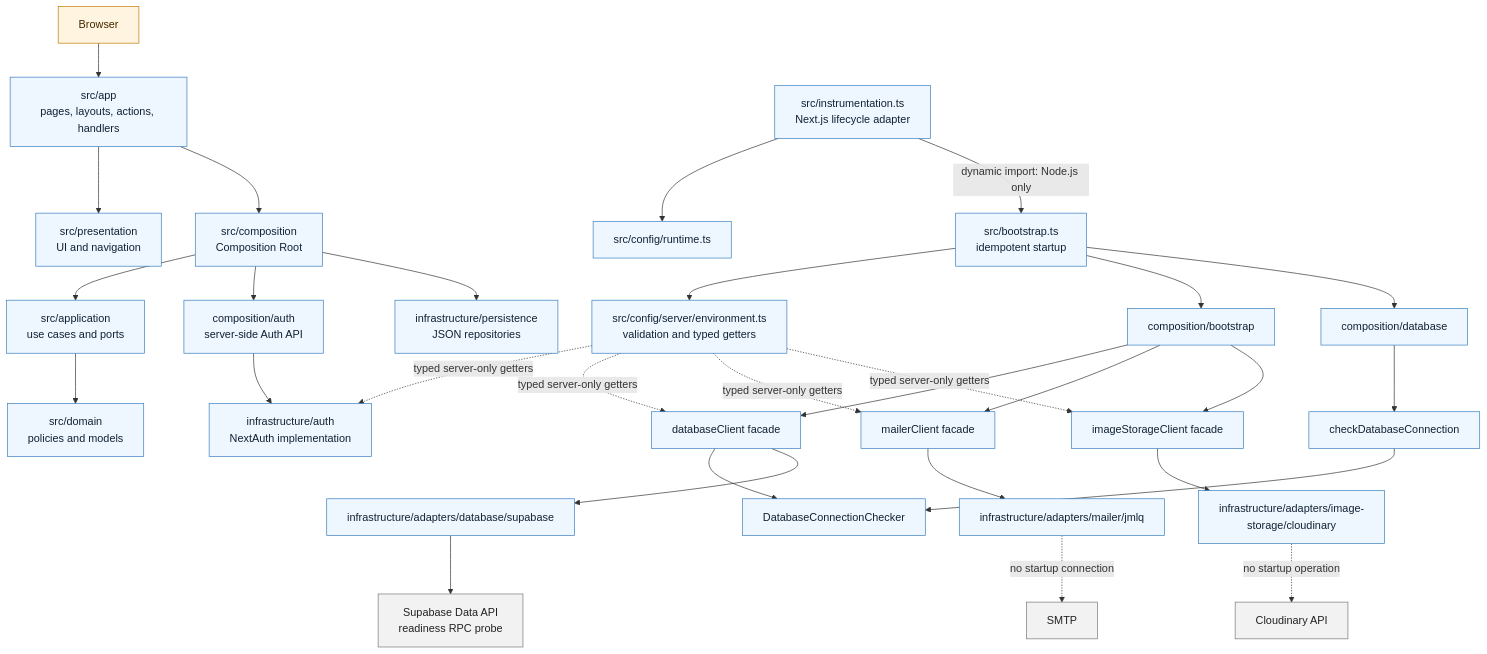
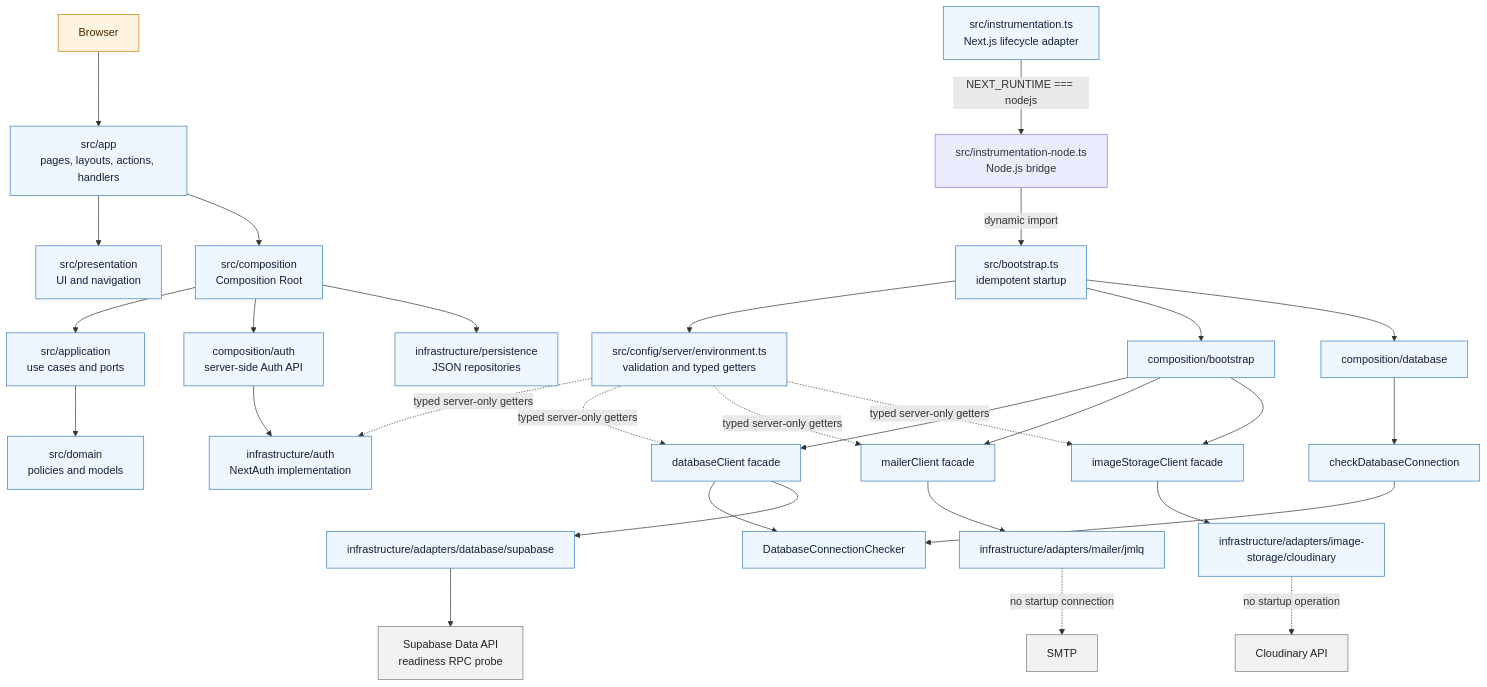
One commit to MLahuasi/opencode-daycare changed the diagram in architecture.md. Above: the diagram before and after it, drawn with Mermaid. The commit also changed other lines of this file and 7 other files, not shown here.

Commit message:
Open-Day-Care - architecture-refactor

````diff
--- a/architecture.md
+++ b/architecture.md
@@ -79,42 +80,42 @@
 ```mermaid
 flowchart TB
     BROWSER[Browser] --> ROUTES[src/app<br/>pages, layouts, actions, handlers]
     ROUTES --> PRESENTATION[src/presentation<br/>UI and navigation]
     ROUTES --> COMPOSITION[src/composition<br/>Composition Root]
 
     COMPOSITION --> APPLICATION[src/application<br/>use cases and ports]
     APPLICATION --> DOMAIN[src/domain<br/>policies and models]
     COMPOSITION --> AUTH[composition/auth<br/>server-side Auth API]
     AUTH --> AUTH_INFRA[infrastructure/auth<br/>NextAuth implementation]
     COMPOSITION --> PERSISTENCE[infrastructure/persistence<br/>JSON repositories]
 
-    INSTRUMENTATION[src/instrumentation.ts<br/>Next.js lifecycle adapter] --> RUNTIME[src/config/runtime.ts]
-    INSTRUMENTATION -->|dynamic import: Node.js only| BOOTSTRAP[src/bootstrap.ts<br/>idempotent startup]
+    INSTRUMENTATION[src/instrumentation.ts<br/>Next.js lifecycle adapter] -->|NEXT_RUNTIME === nodejs| NODE_INSTRUMENTATION[src/instrumentation-node.ts<br/>Node.js bridge]
+    NODE_INSTRUMENTATION -->|dynamic import| BOOTSTRAP[src/bootstrap.ts<br/>idempotent startup]
     BOOTSTRAP --> ENV[src/config/server/environment.ts<br/>validation and typed getters]
     BOOTSTRAP --> BOOT_COMPOSITION[composition/bootstrap]
     BOOTSTRAP --> DB_COMPOSITION[composition/database]
     BOOT_COMPOSITION --> DB_FACADE[databaseClient facade]
     BOOT_COMPOSITION --> MAIL_FACADE[mailerClient facade]
     BOOT_COMPOSITION --> IMAGE_FACADE[imageStorageClient facade]
     DB_COMPOSITION --> CHECK_USE_CASE[checkDatabaseConnection]
     CHECK_USE_CASE --> DB_PORT[DatabaseConnectionChecker]
     DB_FACADE --> DB_PORT
     DB_FACADE --> SUPABASE_PROVIDER[infrastructure/adapters/database/supabase]
     SUPABASE_PROVIDER --> SUPABASE[Supabase Data API<br/>readiness RPC probe]
     MAIL_FACADE --> JMLQ[infrastructure/adapters/mailer/jmlq]
     JMLQ -. no startup connection .-> SMTP[SMTP]
     IMAGE_FACADE --> CLOUDINARY[infrastructure/adapters/image-storage/cloudinary]
     CLOUDINARY -. no startup operation .-> CLOUDINARY_API[Cloudinary API]
 
     ENV -. typed server-only getters .-> AUTH_INFRA
     ENV -. typed server-only getters .-> DB_FACADE
     ENV -. typed server-only getters .-> MAIL_FACADE
     ENV -. typed server-only getters .-> IMAGE_FACADE
 
     classDef server fill:#eef6ff,stroke:#377dbe,color:#123;
     classDef boundary fill:#fff4df,stroke:#c27b00,color:#432800;
     classDef external fill:#f2f2f2,stroke:#777,color:#222;
     class ROUTES,PRESENTATION,COMPOSITION,APPLICATION,DOMAIN,AUTH,AUTH_INFRA,PERSISTENCE,INSTRUMENTATION,RUNTIME,BOOTSTRAP,ENV,BOOT_COMPOSITION,DB_COMPOSITION,DB_FACADE,MAIL_FACADE,IMAGE_FACADE,DB_PORT,CHECK_USE_CASE,SUPABASE_PROVIDER,JMLQ,CLOUDINARY server;
     class BROWSER boundary;
     class SUPABASE,SMTP,CLOUDINARY_API external;
 ```
````
